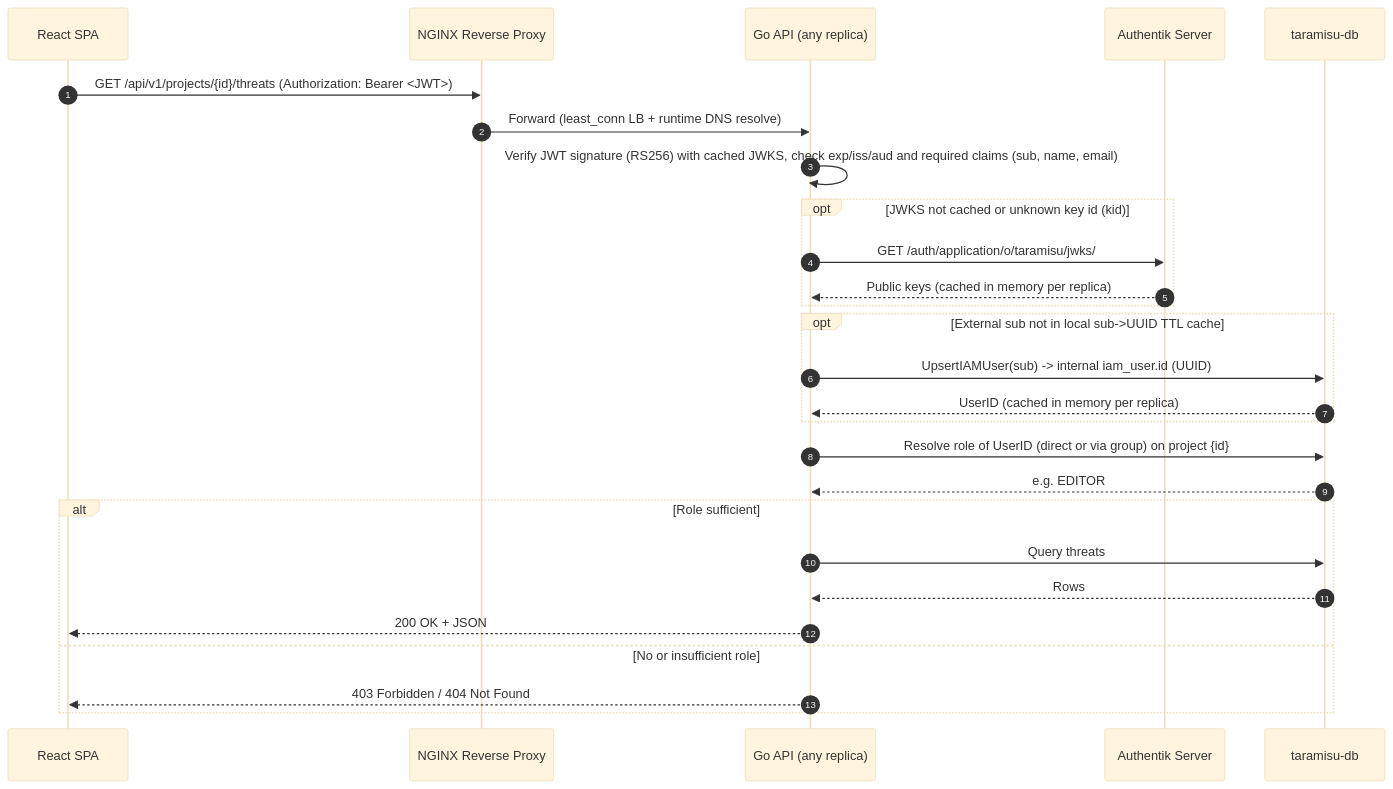
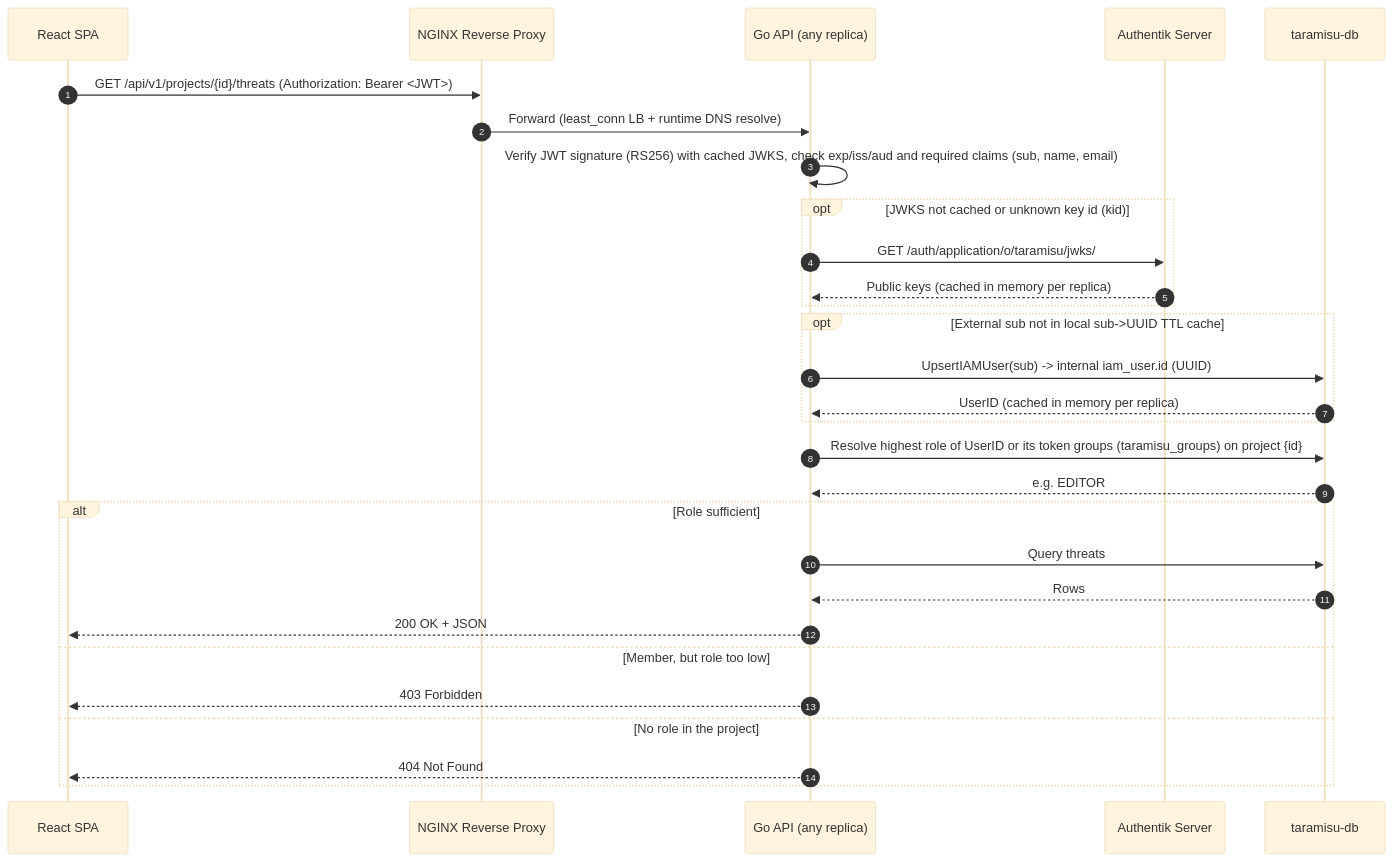
Before and after one commit to thi-taramisu/taramisu: the second of 3 diagrams in docs/internal/architecture/request-flows.md, drawn with Mermaid (base theme). The commit also changed other lines of this file and 4 other files, not shown here.

````diff
--- a/docs/internal/architecture/request-flows.md
+++ b/docs/internal/architecture/request-flows.md
@@ -39,30 +39,32 @@
 ```mermaid
 sequenceDiagram
     autonumber
     participant SPA as React SPA
     participant P as NGINX Reverse Proxy
     participant API as Go API (any replica)
     participant AS as Authentik Server
     participant DB as taramisu-db
 
     SPA->>P: GET /api/v1/projects/{id}/threats (Authorization: Bearer <JWT>)
     P->>API: Forward (least_conn LB + runtime DNS resolve)
     API->>API: Verify JWT signature (RS256) with cached JWKS, check exp/iss/aud and required claims (sub, name, email)
     opt JWKS not cached or unknown key id (kid)
         API->>AS: GET /auth/application/o/taramisu/jwks/
         AS-->>API: Public keys (cached in memory per replica)
     end
     opt External sub not in local sub->UUID TTL cache
         API->>DB: UpsertIAMUser(sub) -> internal iam_user.id (UUID)
         DB-->>API: UserID (cached in memory per replica)
     end
-    API->>DB: Resolve role of UserID (direct or via group) on project {id}
+    API->>DB: Resolve highest role of UserID or its token groups (taramisu_groups) on project {id}
     DB-->>API: e.g. EDITOR
     alt Role sufficient
         API->>DB: Query threats
         DB-->>API: Rows
         API-->>SPA: 200 OK + JSON
-    else No or insufficient role
-        API-->>SPA: 403 Forbidden / 404 Not Found
+    else Member, but role too low
+        API-->>SPA: 403 Forbidden
+    else No role in the project
+        API-->>SPA: 404 Not Found
     end
 ```
````
